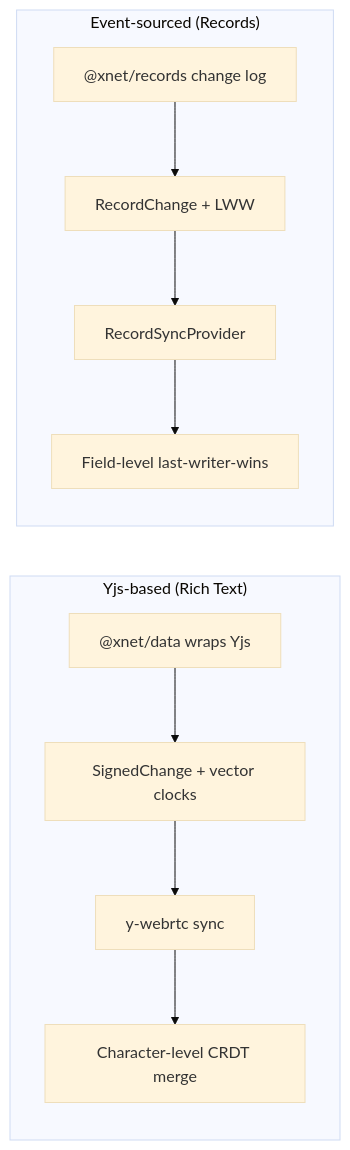
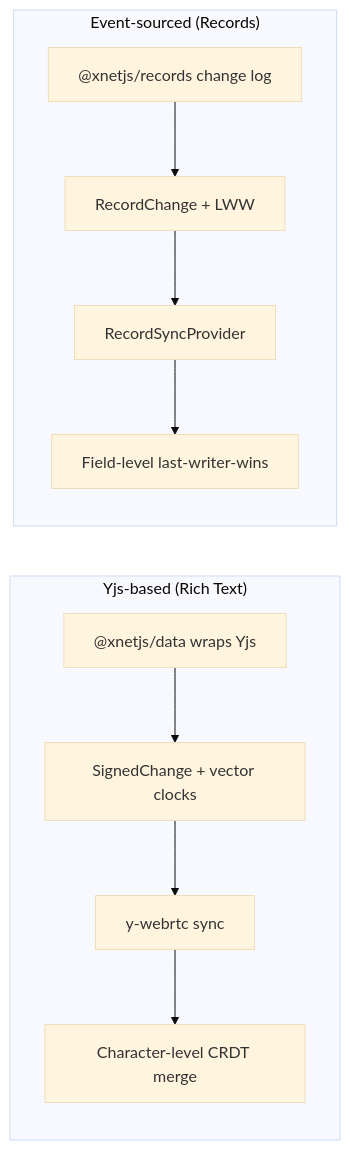
The second of 8 diagrams in docs/explorations/0019_[x]_CODEBASE_REVIEW.md (crs48/xNet), drawn with Mermaid (base theme) before and after one commit. The commit also changed other lines of this file and 980 other files, not shown here.

````diff
--- a/docs/explorations/0019_[x]_CODEBASE_REVIEW.md
+++ b/docs/explorations/0019_[x]_CODEBASE_REVIEW.md
@@ -102,20 +102,20 @@
 ```mermaid
 flowchart LR
     subgraph yjs["Yjs-based (Rich Text)"]
         direction TB
-        Y1["@xnet/data wraps Yjs"]
+        Y1["@xnetjs/data wraps Yjs"]
         Y2["SignedChange + vector clocks"]
         Y3["y-webrtc sync"]
         Y4["Character-level CRDT merge"]
         Y1 --> Y2 --> Y3 --> Y4
     end
 
     subgraph eventsource["Event-sourced (Records)"]
         direction TB
-        E1["@xnet/records change log"]
+        E1["@xnetjs/records change log"]
         E2["RecordChange + LWW"]
         E3["RecordSyncProvider"]
         E4["Field-level last-writer-wins"]
         E1 --> E2 --> E3 --> E4
     end
 ```
````
